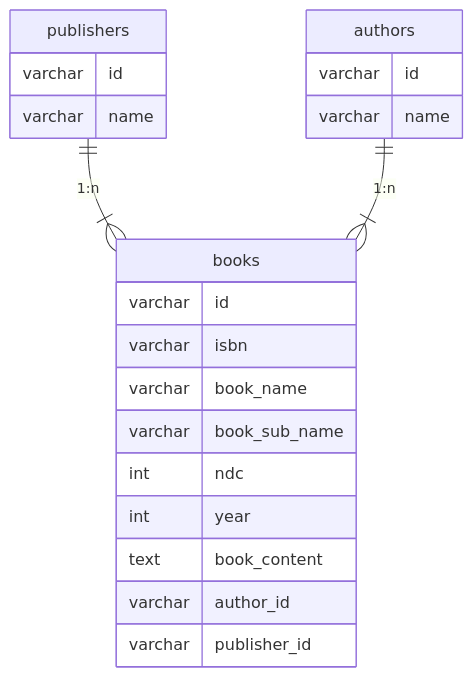
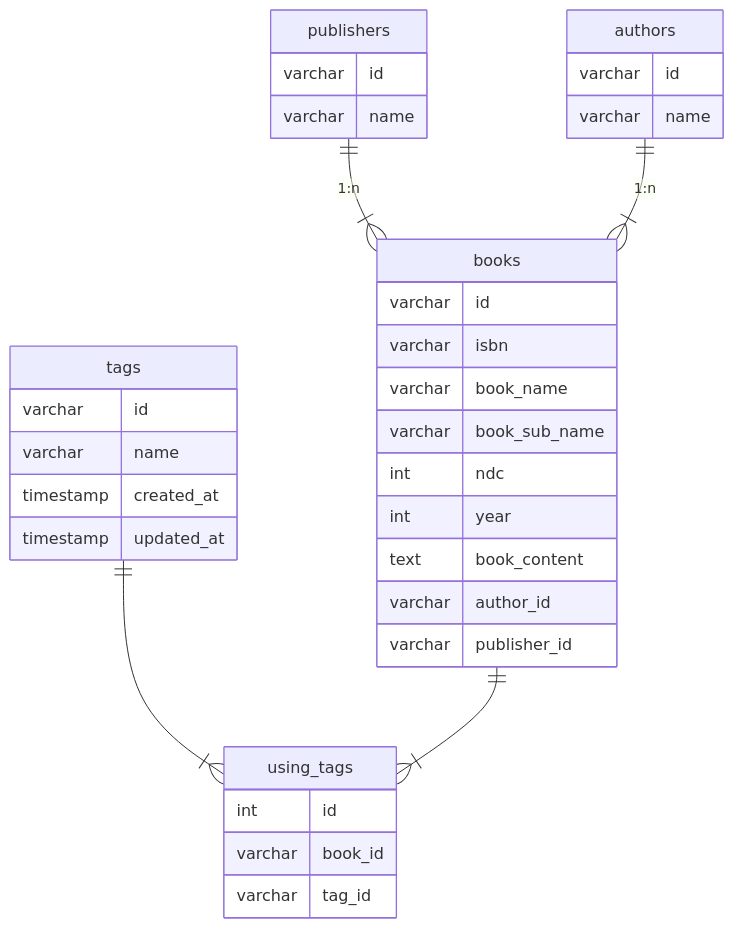
Before and after one commit to booksearch-hotate/hotate-server: the diagram in DOC/AboutDB.md, drawn with Mermaid.

Commit message:
tagsとusing_tagsの追加

````diff
--- a/DOC/AboutDB.md
+++ b/DOC/AboutDB.md
@@ -1,28 +1,43 @@
 ```mermaid
 erDiagram
 
 publishers ||--|{books: "1:n"
 authors ||--|{books: "1:n"
+tags ||--|{using_tags: ""
+books ||--|{using_tags: ""
 
 books {
   varchar id
   varchar isbn
   varchar book_name
   varchar book_sub_name
   int ndc
   int year
   text book_content
   varchar author_id
   varchar publisher_id
 }
 
 publishers {
   varchar id
   varchar name
 }
 
 authors {
   varchar id
   varchar name
 }
+
+tags {
+  varchar id
+  varchar name
+  timestamp created_at
+  timestamp updated_at
+}
+
+using_tags {
+  int id
+  varchar book_id
+  varchar tag_id
+}
 ```
````
